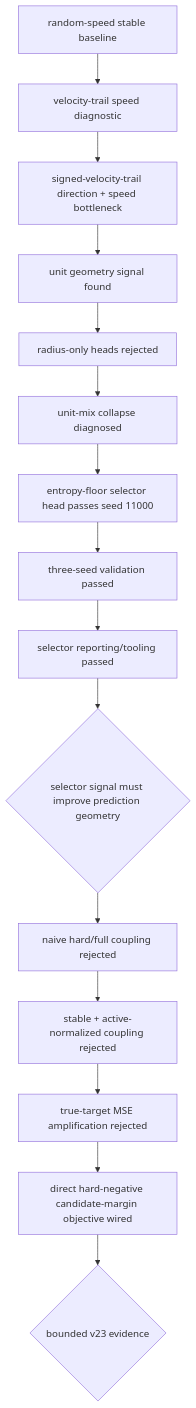
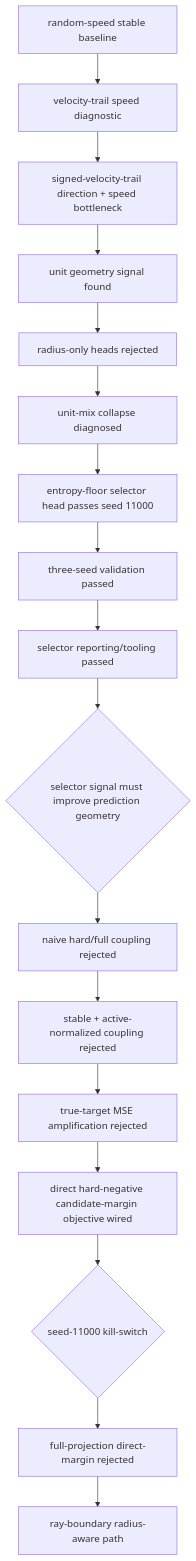
Before and after one commit to ChrisRPL/jepra: the second of 2 diagrams in README.md, drawn with Mermaid. The commit also changed other lines of this file and 5 other files, not shown here.

Commit message:
feat: add prediction ray-boundary diagnostics

````diff
--- a/README.md
+++ b/README.md
@@ -82,17 +82,19 @@
 ```mermaid
 flowchart TD
   A[random-speed stable baseline] --> B[velocity-trail speed diagnostic]
   B --> C[signed-velocity-trail direction + speed bottleneck]
   C --> D[unit geometry signal found]
   D --> E[radius-only heads rejected]
   E --> F[unit-mix collapse diagnosed]
   F --> G[entropy-floor selector head passes seed 11000]
   G --> H[three-seed validation passed]
   H --> I[selector reporting/tooling passed]
   I --> J{selector signal must improve prediction geometry}
   J --> K[naive hard/full coupling rejected]
   K --> L[stable + active-normalized coupling rejected]
   L --> M[true-target MSE amplification rejected]
   M --> N[direct hard-negative candidate-margin objective wired]
-  N --> O{bounded v23 evidence}
+  N --> O{seed-11000 kill-switch}
+  O --> P[full-projection direct-margin rejected]
+  P --> Q[ray-boundary radius-aware path]
 ```
````
